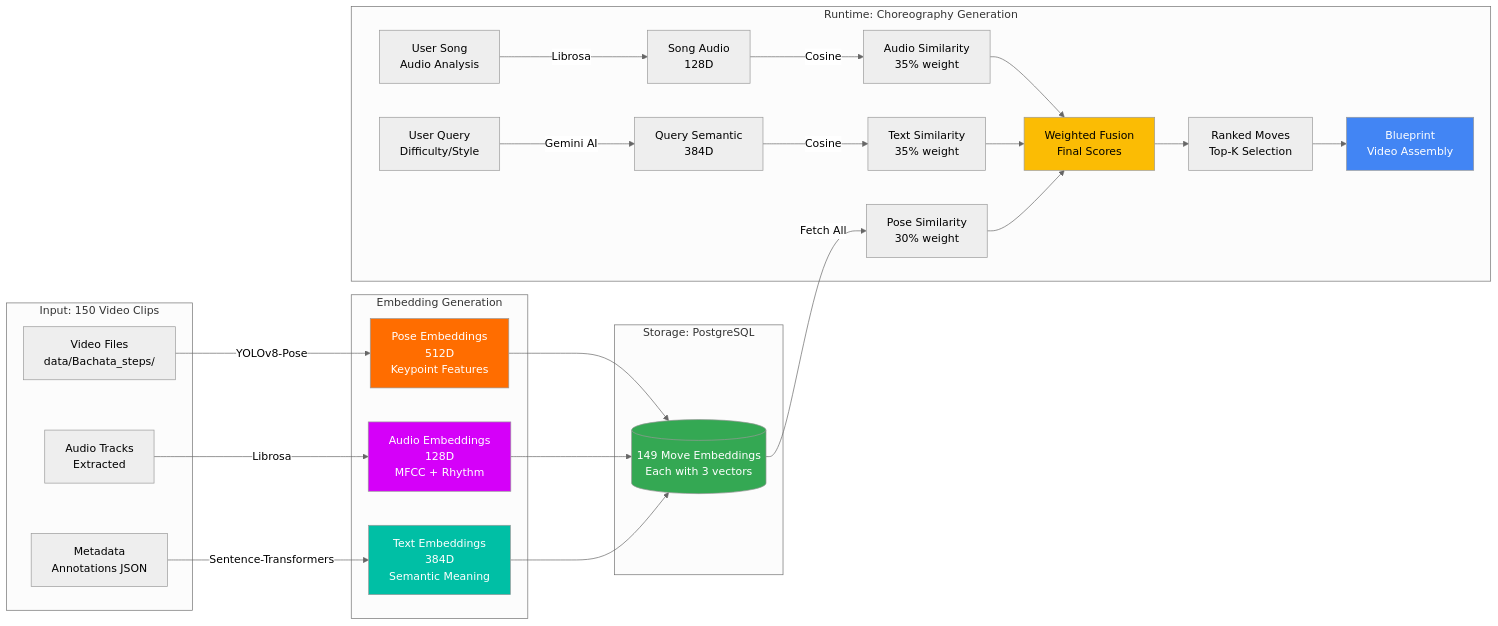
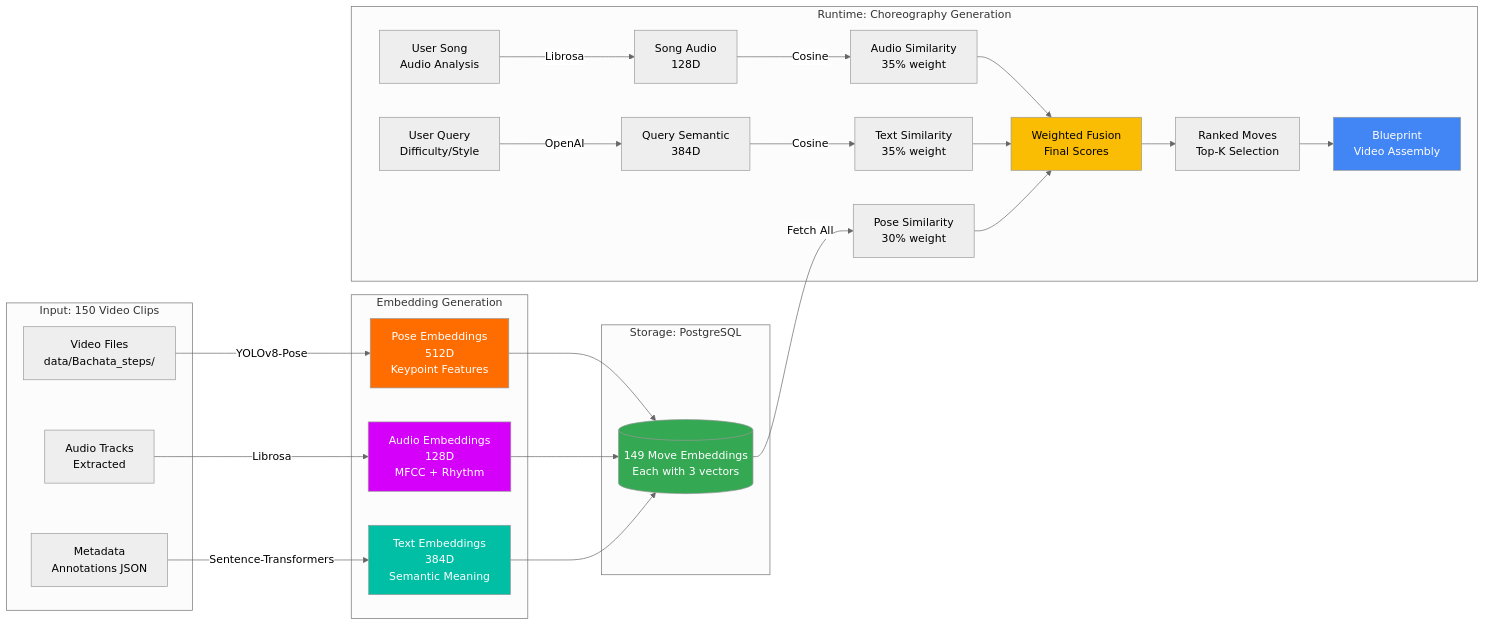
Before and after one commit to erickrex/bachata_buddy: the third of 3 diagrams in README.md, drawn with Mermaid (neutral theme). The commit also changed other lines of this file and 33 other files, not shown here.

````diff
--- a/README.md
+++ b/README.md
@@ -1588,47 +1575,47 @@
 ```mermaid
 graph LR
     subgraph "Input: 150 Video Clips"
         V[Video Files<br/>data/Bachata_steps/]
         A[Audio Tracks<br/>Extracted]
         M[Metadata<br/>Annotations JSON]
     end
     
     subgraph "Embedding Generation"
         V -->|YOLOv8-Pose| P[Pose Embeddings<br/>512D<br/>Keypoint Features]
         A -->|Librosa| AU[Audio Embeddings<br/>128D<br/>MFCC + Rhythm]
         M -->|Sentence-Transformers| T[Text Embeddings<br/>384D<br/>Semantic Meaning]
     end
     
     subgraph "Storage: PostgreSQL"
         DB[(149 Move Embeddings<br/>Each with 3 vectors)]
         P --> DB
         AU --> DB
         T --> DB
     end
     
     subgraph "Runtime: Choreography Generation"
         US[User Song<br/>Audio Analysis]
         UQ[User Query<br/>Difficulty/Style]
         
         US -->|Librosa| SA[Song Audio<br/>128D]
-        UQ -->|Gemini AI| SQ[Query Semantic<br/>384D]
+        UQ -->|OpenAI| SQ[Query Semantic<br/>384D]
         
         SA -->|Cosine| CS[Audio Similarity<br/>35% weight]
         SQ -->|Cosine| TS[Text Similarity<br/>35% weight]
         DB -->|Fetch All| PS[Pose Similarity<br/>30% weight]
         
         CS --> F[Weighted Fusion<br/>Final Scores]
         TS --> F
         PS --> F
         
         F --> R[Ranked Moves<br/>Top-K Selection]
         R --> BP[Blueprint<br/>Video Assembly]
     end
     
     style P fill:#ff6d00,color:#fff
     style AU fill:#d500f9,color:#fff
     style T fill:#00bfa5,color:#fff
     style DB fill:#34a853,color:#fff
     style F fill:#fbbc04,color:#000
     style BP fill:#4285f4,color:#fff
 ```
````
